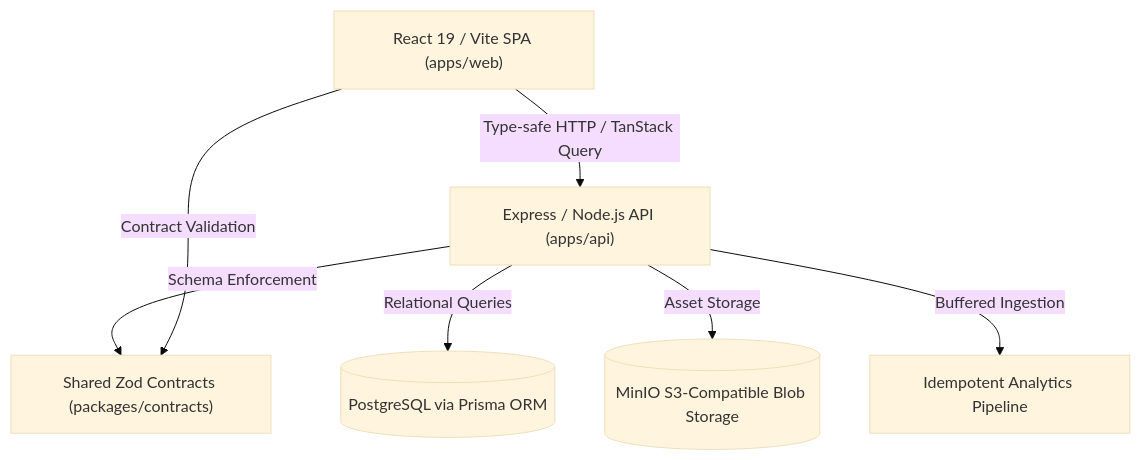
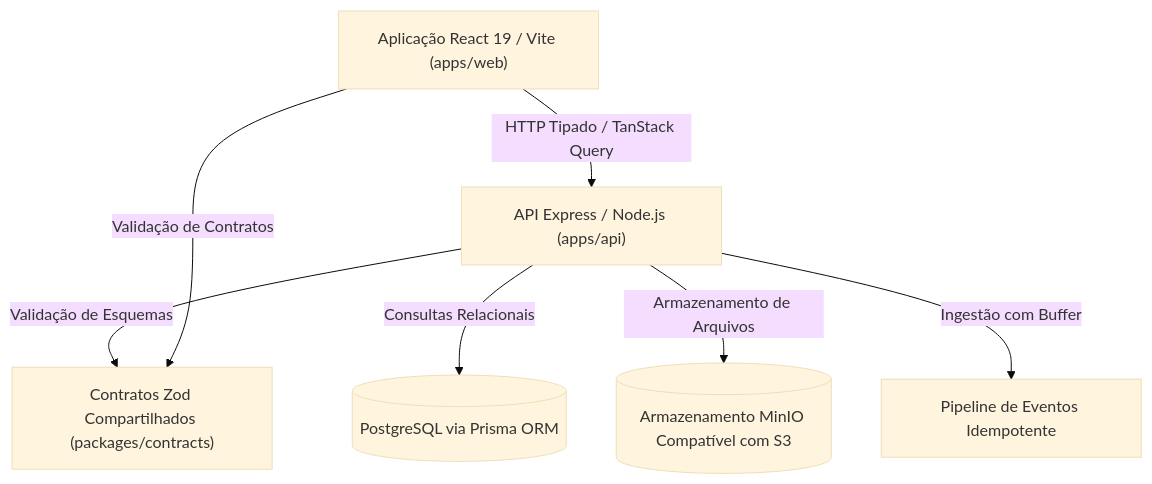
Before and after one commit to Fcsscoder/case-studies: the first of 2 diagrams in fullstack-and-monorepos/academic-curriculum-dag-whiteboard/README.md, drawn with Mermaid (base theme). The commit also changed other lines of this file and 21 other files, not shown here.

````diff
--- a/fullstack-and-monorepos/academic-curriculum-dag-whiteboard/README.md
+++ b/fullstack-and-monorepos/academic-curriculum-dag-whiteboard/README.md
@@ -9,16 +9,16 @@
 ```mermaid
 graph TD
-    Client["React 19 / Vite SPA (apps/web)"]
-    API["Express / Node.js API (apps/api)"]
-    Contracts["Shared Zod Contracts (packages/contracts)"]
+    Client["Aplicação React 19 / Vite (apps/web)"]
+    API["API Express / Node.js (apps/api)"]
+    Contracts["Contratos Zod Compartilhados (packages/contracts)"]
     DB[("PostgreSQL via Prisma ORM")]
-    S3[("MinIO S3-Compatible Blob Storage")]
-    Analytics["Idempotent Analytics Pipeline"]
+    S3[("Armazenamento MinIO Compatível com S3")]
+    Analytics["Pipeline de Eventos Idempotente"]
 
-    Client -->|Type-safe HTTP / TanStack Query| API
-    API -->|Schema Enforcement| Contracts
-    Client -->|Contract Validation| Contracts
-    API -->|Relational Queries| DB
-    API -->|Asset Storage| S3
-    API -->|Buffered Ingestion| Analytics
+    Client -->|HTTP Tipado / TanStack Query| API
+    API -->|Validação de Esquemas| Contracts
+    Client -->|Validação de Contratos| Contracts
+    API -->|Consultas Relacionais| DB
+    API -->|Armazenamento de Arquivos| S3
+    API -->|Ingestão com Buffer| Analytics
 ```
````
